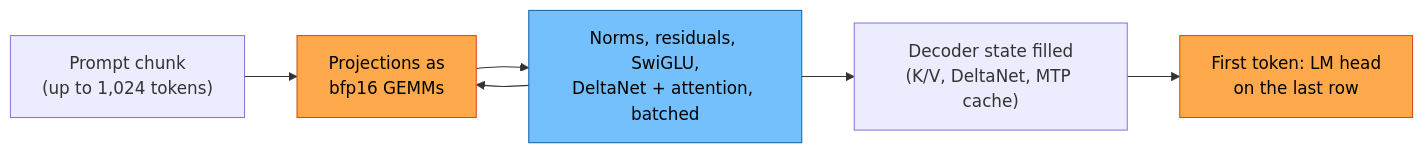
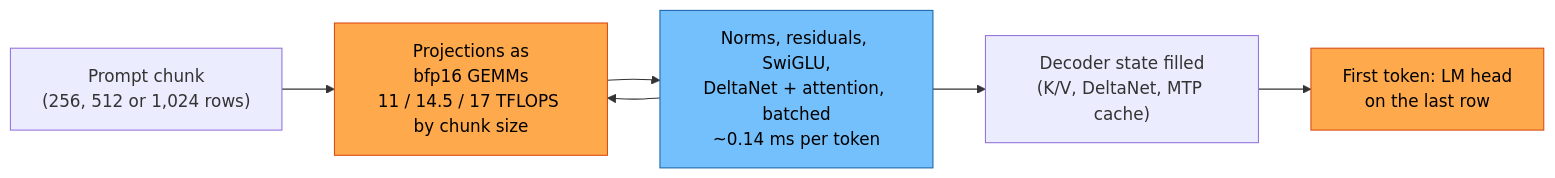
The third of 3 diagrams in docs/models/qwen3.5-2b/README.md (vantreeseba/gufo-npu), drawn with Mermaid before and after one commit. The commit also changed other lines of this file and 1 other file, not shown here.

Commit message:
docs(qwen35_2b): put the decode step's measured times on the data-flow diagrams, with a pie of where a step goes

````diff
--- a/docs/models/qwen3.5-2b/README.md
+++ b/docs/models/qwen3.5-2b/README.md
@@ -48,10 +63,10 @@
 ```mermaid
 flowchart LR
-  chunk["Prompt chunk<br/>(up to 1,024 tokens)"] --> proj["Projections as<br/>bfp16 GEMMs"]:::npu
-  proj --> mixp["Norms, residuals, SwiGLU,<br/>DeltaNet + attention, batched"]:::cpu
+  chunk["Prompt chunk<br/>(256, 512 or 1,024 rows)"] --> proj["Projections as<br/>bfp16 GEMMs<br/>11 / 14.5 / 17 TFLOPS by chunk size"]:::npu
+  proj --> mixp["Norms, residuals, SwiGLU,<br/>DeltaNet + attention, batched<br/>~0.14 ms per token"]:::cpu
   mixp --> proj
   mixp --> state["Decoder state filled<br/>(K/V, DeltaNet, MTP cache)"]
   state --> first["First token: LM head<br/>on the last row"]:::npu
   classDef npu fill:#ffa94d,stroke:#d9480f,color:#000
   classDef cpu fill:#74c0fc,stroke:#1864ab,color:#000
 ```
````
